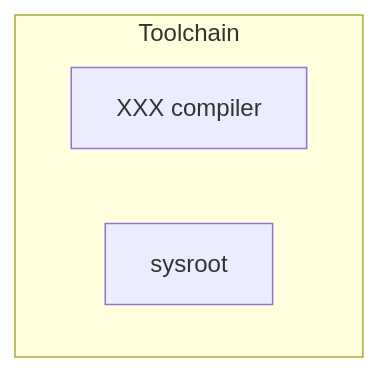
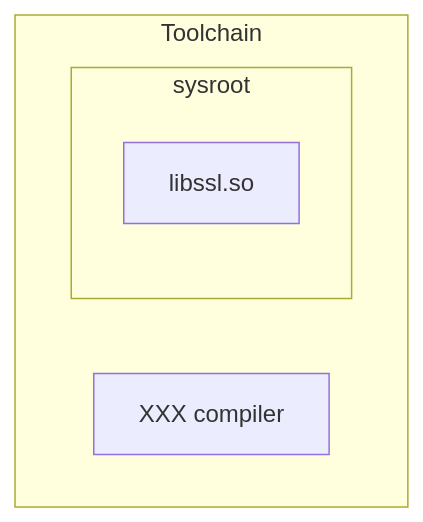
The tenth of 12 diagrams in README.md (lankahsu520/CrossCompilationX), drawn with Mermaid before and after one commit. The commit also changed other lines of this file and 1 other file, not shown here.

````diff
--- a/README.md
+++ b/README.md
@@ -495,7 +505,9 @@
 ```mermaid
 flowchart TB
 	subgraph Toolchain[Toolchain]
 		compiler[XXX compiler]
-		sysroot
+		subgraph sysroot
+			libssl.so
+		end
 	end
 ```
````
